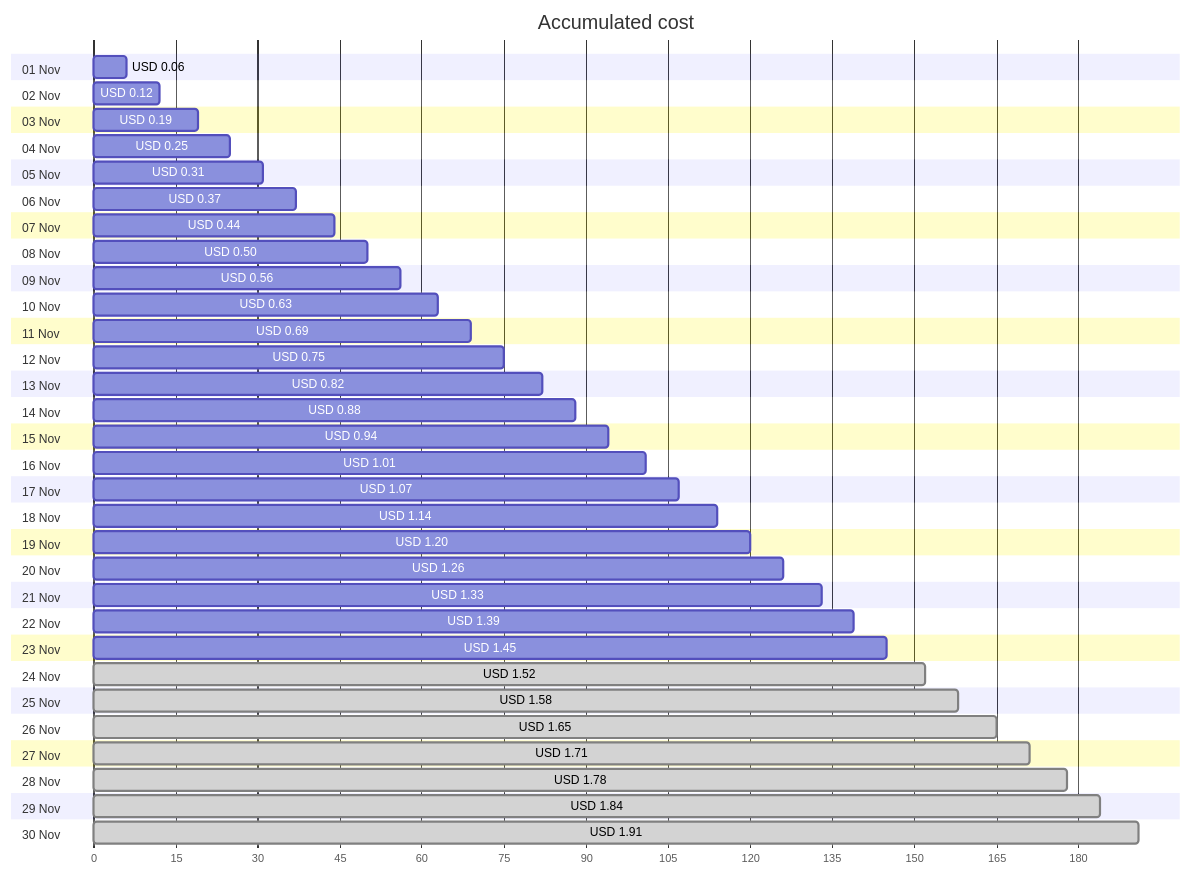
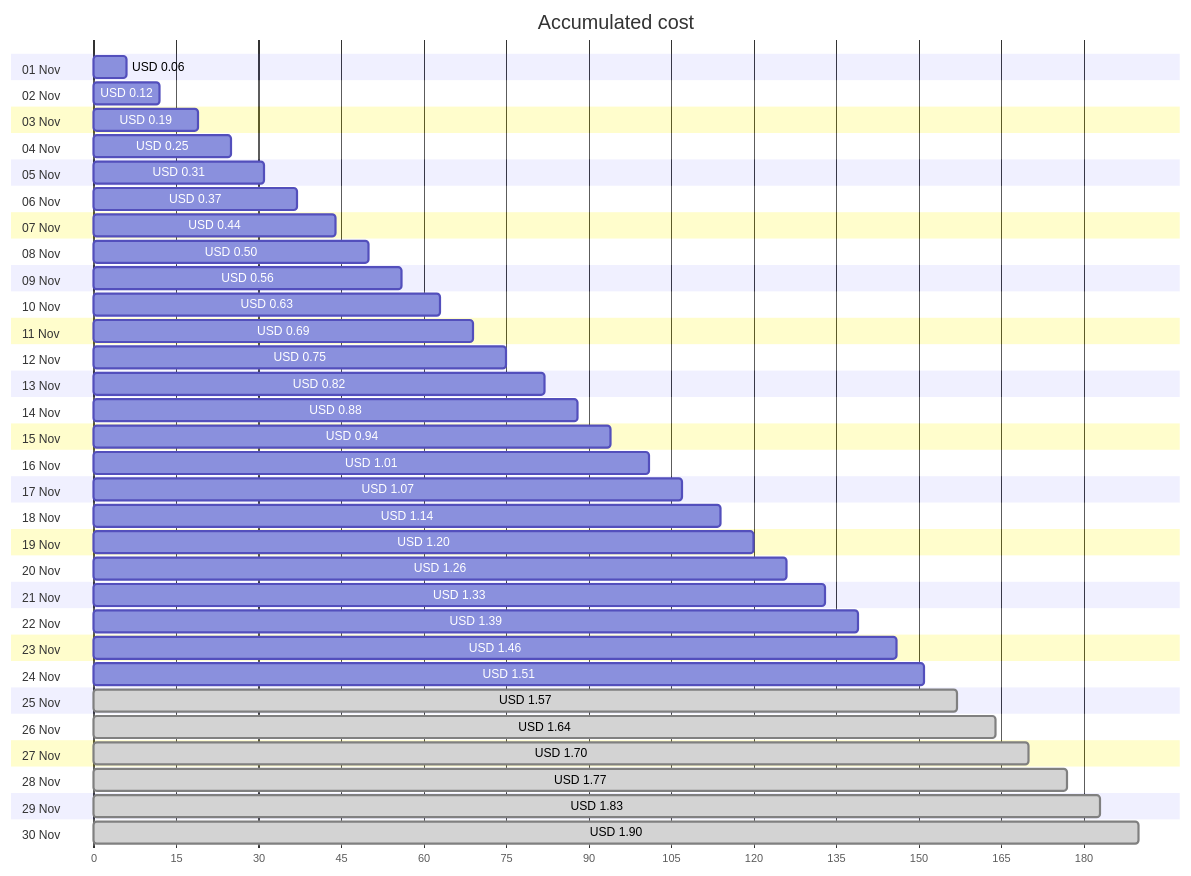
One commit to jpfulton/azure-personal-reports changed the first of 4 diagrams in cost-reports/personal-network/backup-server_OsDisk.md. Above: the diagram before and after it, drawn with Mermaid. The commit also changed other lines of this file and 8 other files, not shown here.

````diff
--- a/cost-reports/personal-network/backup-server_OsDisk.md
+++ b/cost-reports/personal-network/backup-server_OsDisk.md
@@ -20,66 +20,66 @@
 ```mermaid
 gantt
    title Accumulated cost
    dateFormat  X
    axisFormat %s
    section 01 Nov
    USD 0.06 :0, 6
    section 02 Nov
    USD 0.12 :0, 12
    section 03 Nov
    USD 0.19 :0, 19
    section 04 Nov
    USD 0.25 :0, 25
    section 05 Nov
    USD 0.31 :0, 31
    section 06 Nov
    USD 0.37 :0, 37
    section 07 Nov
    USD 0.44 :0, 44
    section 08 Nov
    USD 0.50 :0, 50
    section 09 Nov
    USD 0.56 :0, 56
    section 10 Nov
    USD 0.63 :0, 63
    section 11 Nov
    USD 0.69 :0, 69
    section 12 Nov
    USD 0.75 :0, 75
    section 13 Nov
    USD 0.82 :0, 82
    section 14 Nov
    USD 0.88 :0, 88
    section 15 Nov
    USD 0.94 :0, 94
    section 16 Nov
    USD 1.01 :0, 101
    section 17 Nov
    USD 1.07 :0, 107
    section 18 Nov
    USD 1.14 :0, 114
    section 19 Nov
    USD 1.20 :0, 120
    section 20 Nov
    USD 1.26 :0, 126
    section 21 Nov
    USD 1.33 :0, 133
    section 22 Nov
    USD 1.39 :0, 139
    section 23 Nov
-   USD 1.45 :0, 145
+   USD 1.46 :0, 146
    section 24 Nov
-   USD 1.52 : done, 0, 152
+   USD 1.51 :0, 151
    section 25 Nov
-   USD 1.58 : done, 0, 158
+   USD 1.57 : done, 0, 157
    section 26 Nov
-   USD 1.65 : done, 0, 165
+   USD 1.64 : done, 0, 164
    section 27 Nov
-   USD 1.71 : done, 0, 171
+   USD 1.70 : done, 0, 170
    section 28 Nov
-   USD 1.78 : done, 0, 178
+   USD 1.77 : done, 0, 177
    section 29 Nov
-   USD 1.84 : done, 0, 184
+   USD 1.83 : done, 0, 183
    section 30 Nov
-   USD 1.91 : done, 0, 191
+   USD 1.90 : done, 0, 190
 ```
````
